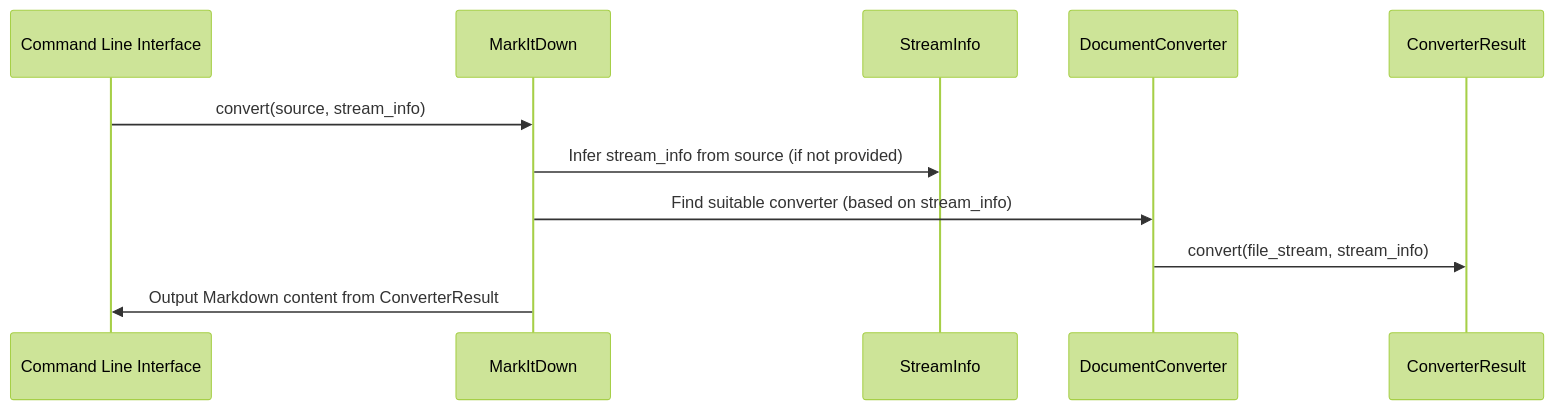
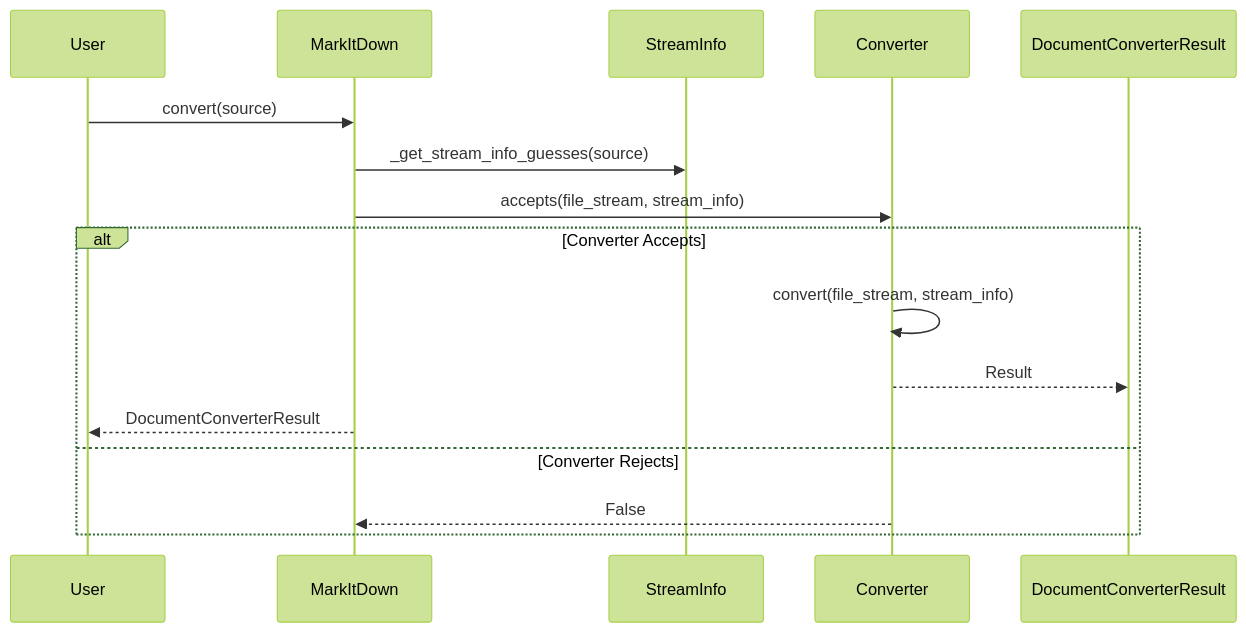
The first of 2 diagrams in markitdown/Configuration and Extension Management_details.md (CodeBoarding/GeneratedOnBoardings), drawn with Mermaid (forest theme) before and after one commit. The commit also changed other lines of this file and 10 other files, not shown here.

````diff
--- a/markitdown/Configuration and Extension Management_details.md
+++ b/markitdown/Configuration and Extension Management_details.md
@@ -14,14 +16,19 @@
 ```mermaid
 sequenceDiagram
-    participant CLI as Command Line Interface
+    participant User
     participant MarkItDown
     participant StreamInfo
-    participant Converter as DocumentConverter
-    participant ConverterResult
+    participant Converter
+    participant DocumentConverterResult
 
-    CLI->>MarkItDown: convert(source, stream_info)
-    MarkItDown->>StreamInfo: Infer stream_info from source (if not provided)
-    MarkItDown->>Converter: Find suitable converter (based on stream_info)
-    Converter->>ConverterResult: convert(file_stream, stream_info)
-    MarkItDown->>CLI: Output Markdown content from ConverterResult
+    User->>MarkItDown: convert(source)
+    MarkItDown->>StreamInfo: _get_stream_info_guesses(source)
+    MarkItDown->>Converter: accepts(file_stream, stream_info)
+    alt Converter Accepts
+        Converter->>Converter: convert(file_stream, stream_info)
+        Converter-->>DocumentConverterResult: Result
+        MarkItDown-->>User: DocumentConverterResult
+    else Converter Rejects
+        Converter-->>MarkItDown: False
+    end
 ```
````
